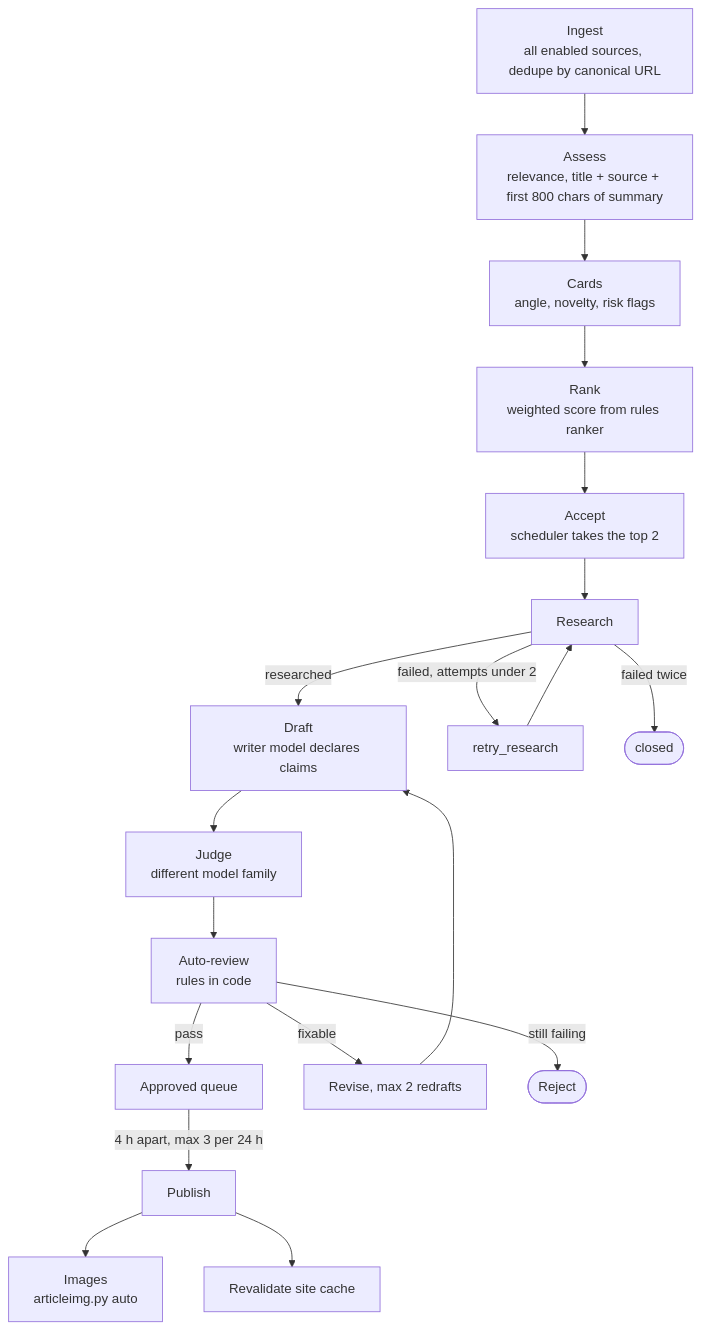
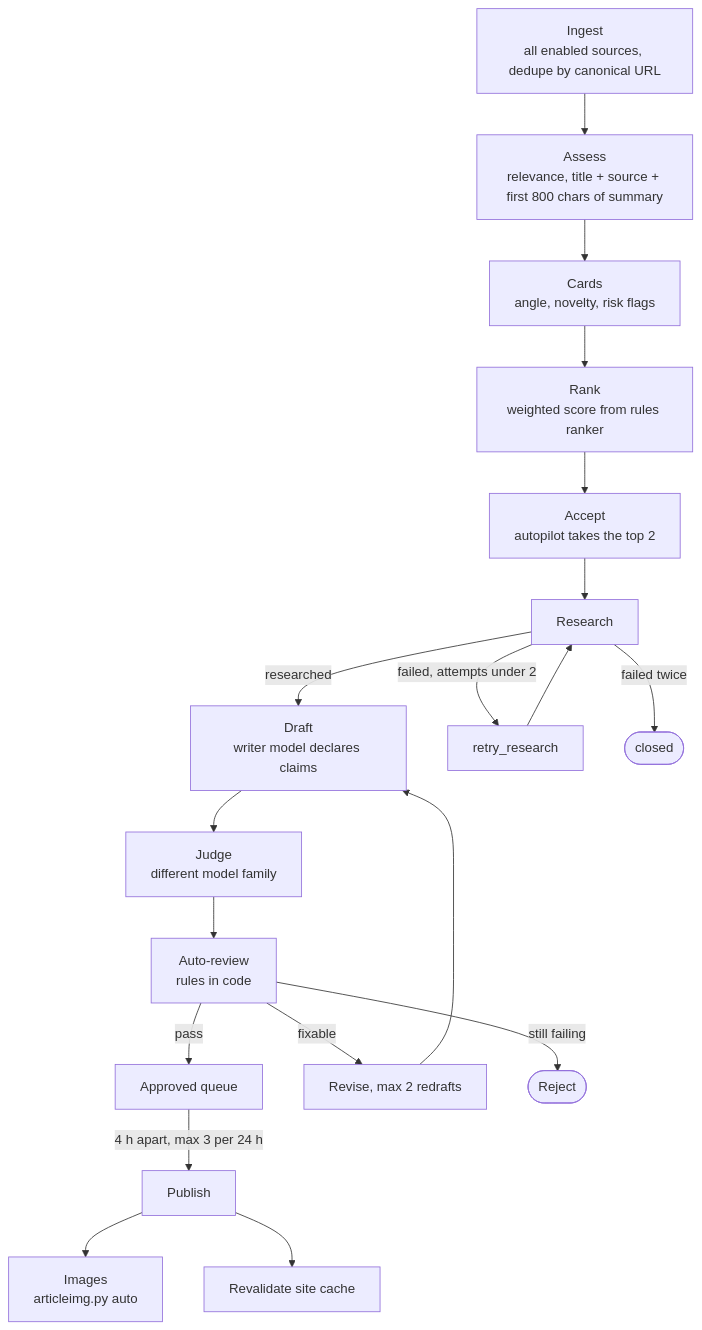
The second of 2 diagrams in ARCHITECTURE.md (suraj-shrivastav/signalforge), drawn with Mermaid before and after one commit. The commit also changed other lines of this file and 7 other files, not shown here.

````diff
--- a/ARCHITECTURE.md
+++ b/ARCHITECTURE.md
@@ -56,21 +58,21 @@
 ```mermaid
 flowchart TD
     I["Ingest<br/>all enabled sources, dedupe by canonical URL"] --> A["Assess<br/>relevance, title + source + first 800 chars of summary"]
     A --> C["Cards<br/>angle, novelty, risk flags"]
     C --> RK["Rank<br/>weighted score from rules ranker"]
-    RK --> AC["Accept<br/>scheduler takes the top 2"]
+    RK --> AC["Accept<br/>autopilot takes the top 2"]
     AC --> R["Research"]
     R -->|"researched"| D["Draft<br/>writer model declares claims"]
     R -->|"failed, attempts under 2"| RR["retry_research"]
     RR --> R
     R -->|"failed twice"| PK(["closed"])
     D --> J["Judge<br/>different model family"]
     J --> AR["Auto-review<br/>rules in code"]
     AR -->|"pass"| Q["Approved queue"]
     AR -->|"fixable"| RV["Revise, max 2 redrafts"]
     RV --> D
     AR -->|"still failing"| RJ(["Reject"])
     Q -->|"4 h apart, max 3 per 24 h"| PUB["Publish"]
     PUB --> IMG["Images<br/>articleimg.py auto"]
     PUB --> RV2["Revalidate site cache"]
 ```
````
